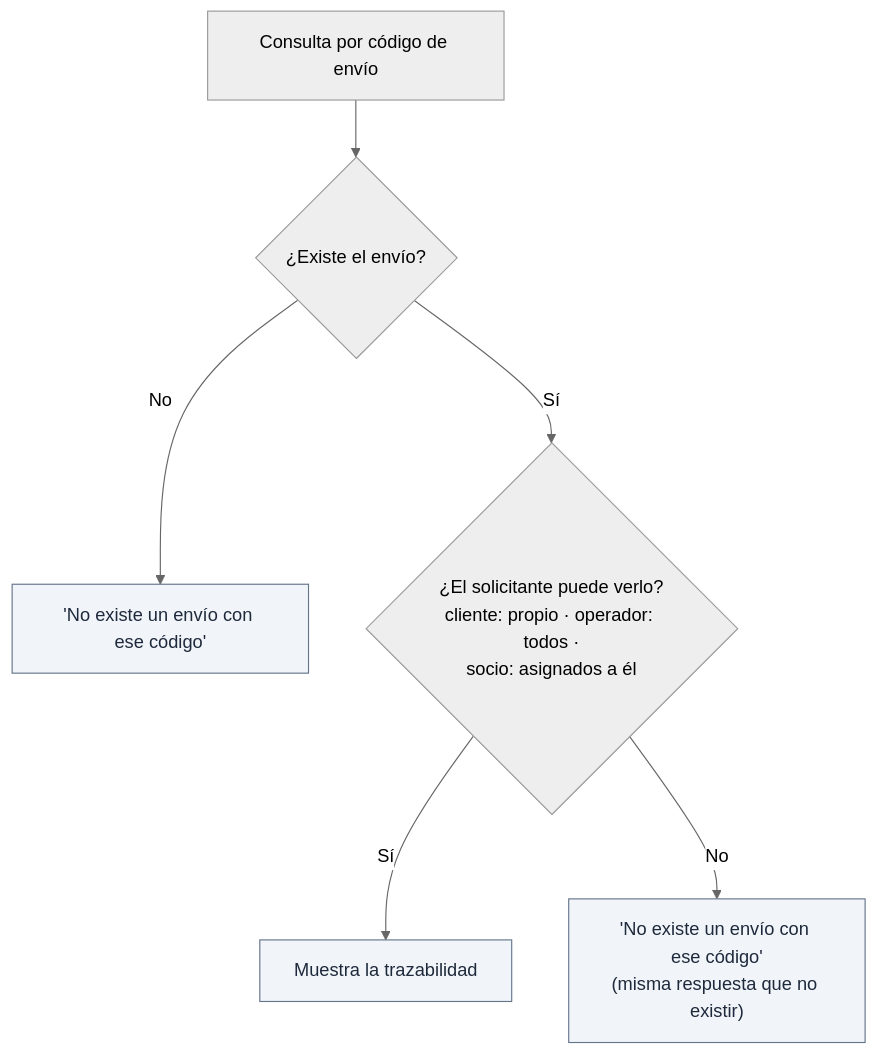
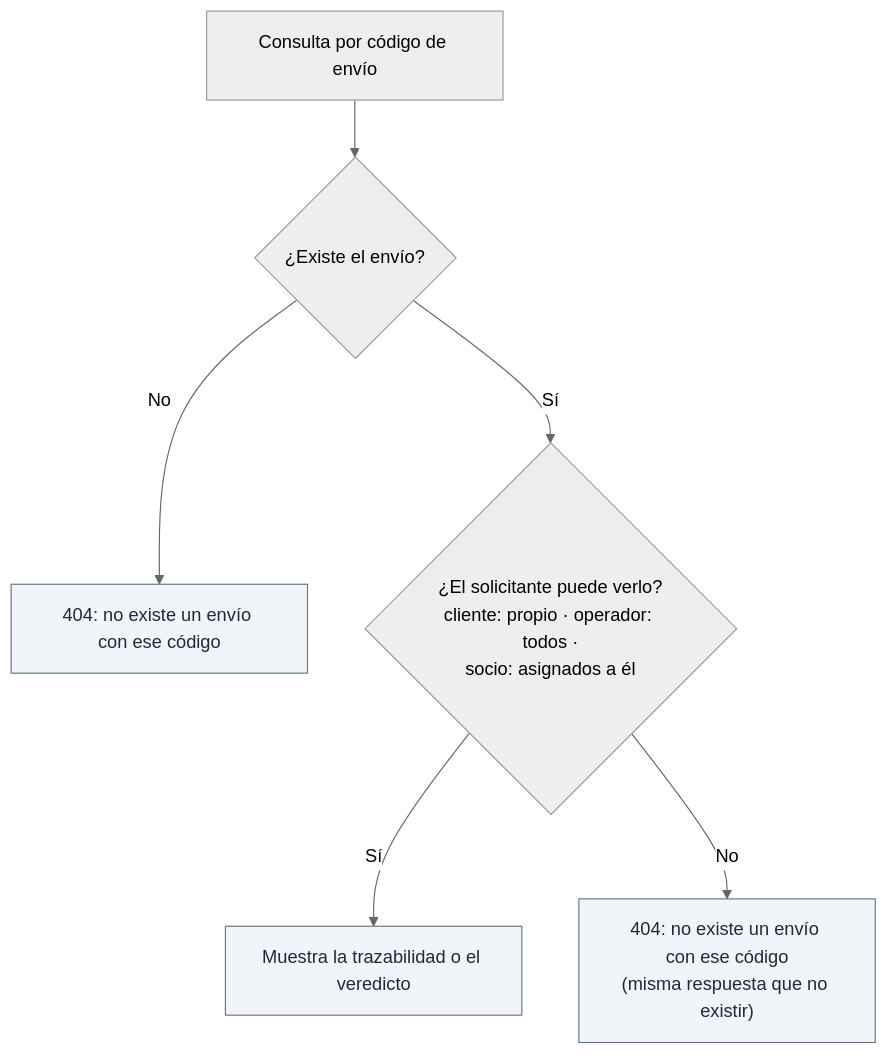
Before and after one commit to JairoHGomezCastillo/hubx: the fifth of 5 diagrams in docs/diagramas/03-dominio-ledger.md, drawn with Mermaid (neutral theme). The commit also changed other lines of this file and 6 other files, not shown here.

Commit message:
[agent:hubx-lead] 011 update docs/diagramas to the current state

````diff
--- a/docs/diagramas/03-dominio-ledger.md
+++ b/docs/diagramas/03-dominio-ledger.md
@@ -118,11 +126,11 @@
 ```mermaid
 flowchart TB
     Q["Consulta por código de envío"] --> EXISTS{"¿Existe el envío?"}
-    EXISTS -->|No| NF["'No existe un envío con ese código'"]
+    EXISTS -->|No| NF["404: no existe un envío con ese código"]
     EXISTS -->|Sí| AUTH{"¿El solicitante puede verlo?<br/>cliente: propio · operador: todos ·<br/>socio: asignados a él"}
-    AUTH -->|Sí| SHOW["Muestra la trazabilidad"]
-    AUTH -->|No| NF2["'No existe un envío con ese código'<br/>(misma respuesta que no existir)"]
+    AUTH -->|Sí| SHOW["Muestra la trazabilidad o el veredicto"]
+    AUTH -->|No| NF2["404: no existe un envío con ese código<br/>(misma respuesta que no existir)"]
 
     classDef neutral fill:#f1f5f9,stroke:#64748b,color:#1e293b;
     class NF,NF2,SHOW neutral;
 ```
````
